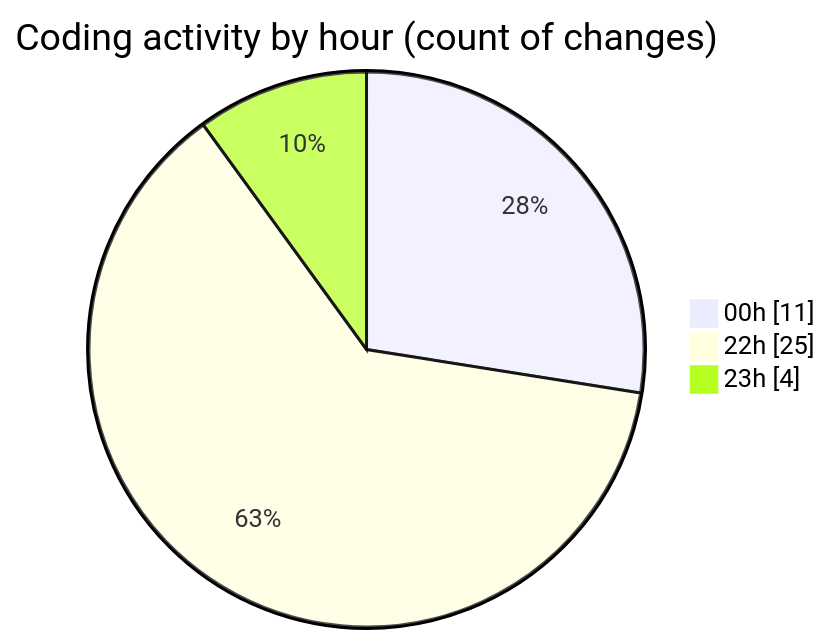
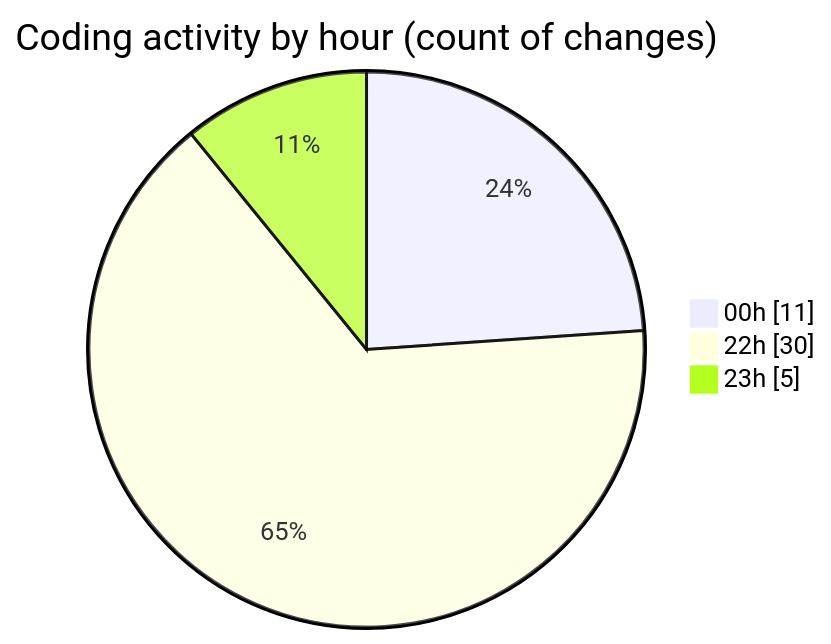
Before and after one commit to hasnaa123/code-tracking: the second of 2 diagrams in 2026-11-26/taskforge/README.md, drawn with Mermaid. The commit also changed other lines of this file and 1 other file, not shown here.

````diff
--- a/2026-11-26/taskforge/README.md
+++ b/2026-11-26/taskforge/README.md
@@ -29,7 +29,7 @@
 ```mermaid
 pie showData
 title Coding activity by hour (count of changes)
 "00h" : 11
-"22h" : 25
-"23h" : 4
+"22h" : 30
+"23h" : 5
 ```
````
